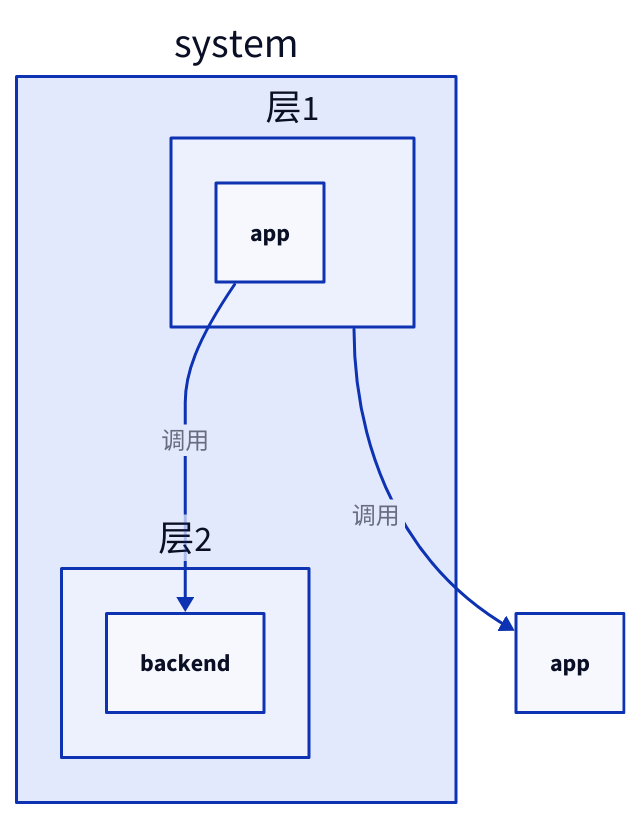
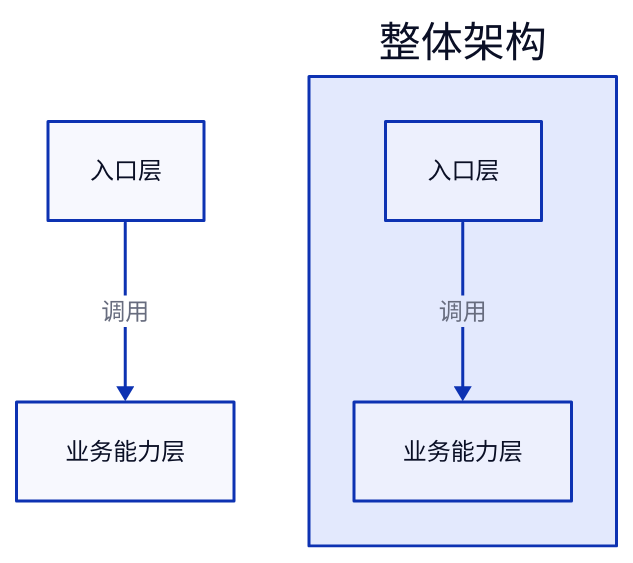
One commit to syllr/skills changed the tenth of 10 diagrams in skills/c4-container-diagram/SKILL.md. Above: the diagram before and after it, drawn with D2. The commit also changed other lines of this file, not shown here.

````diff
--- a/skills/c4-container-diagram/SKILL.md
+++ b/skills/c4-container-diagram/SKILL.md
@@ -638,7 +648,7 @@
 ```d2
-# ❌ 错：会创建顶层 `app` 重复节点
-system.层1 -> app: "调用"
+# ❌ 错：会创建顶层 `入口层` 重复节点
+入口层 -> 业务能力层: "调用"
 
-# ✅ 对：用完整路径
-system.层1.app -> system.层2.backend: "调用"
+# ✅ 对：完整路径
+整体架构.入口层 -> 整体架构.业务能力层: "调用"
 ```
````
